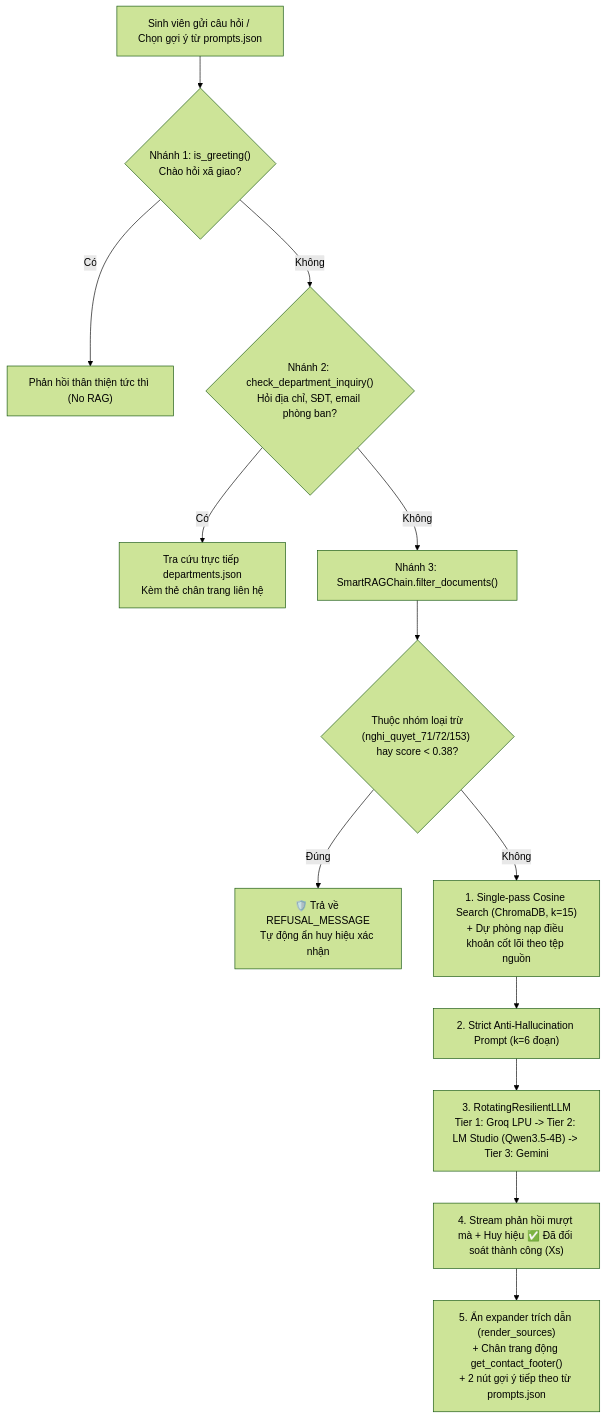
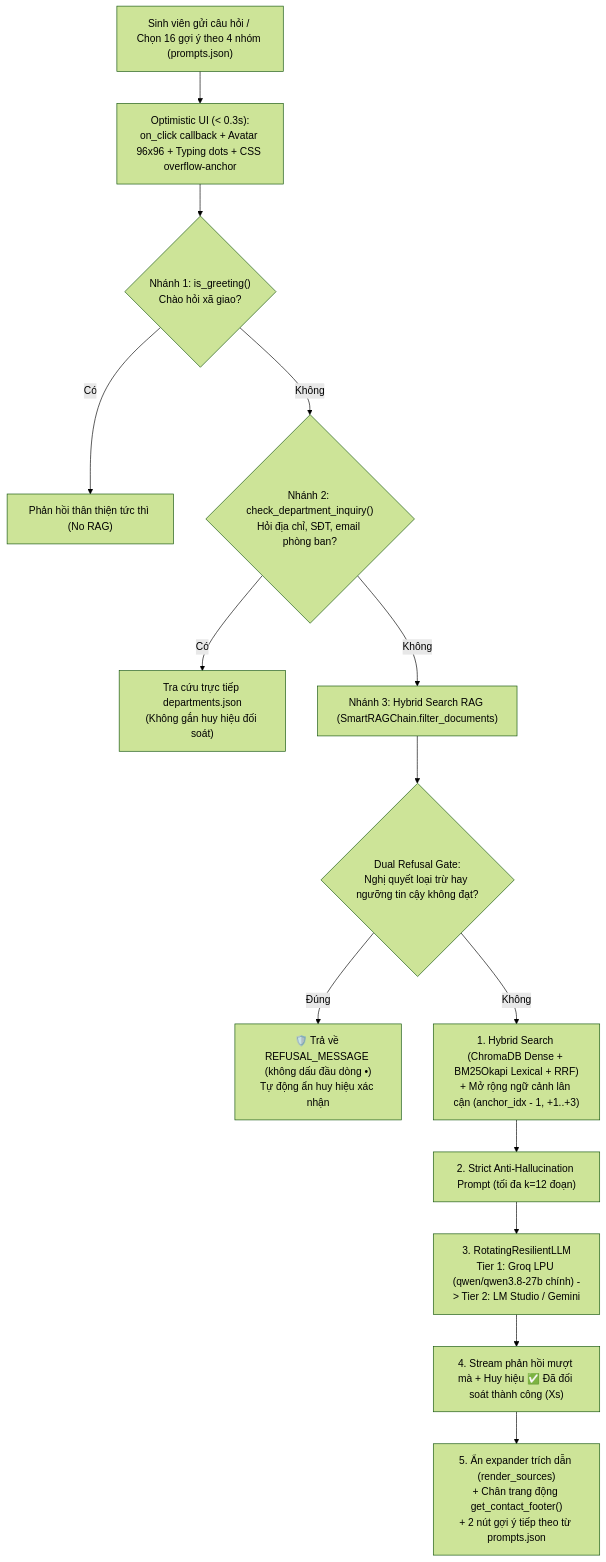
The diagram in README.md (anhdangbuon/VLUTEBOT), drawn with Mermaid (forest theme) before and after one commit. The commit also changed other lines of this file and 8 other files, not shown here.

Commit message:
Sync compressed avatar, 16 categorized prompts and 70-question hybrid search benchmark

````diff
--- a/README.md
+++ b/README.md
@@ -29,17 +29,18 @@
 ```mermaid
 flowchart TD
-    UserQuery["Sinh viên gửi câu hỏi / Chọn gợi ý từ prompts.json"] --> B1{"Nhánh 1: is_greeting()<br/>Chào hỏi xã giao?"}
+    UserQuery["Sinh viên gửi câu hỏi / Chọn 16 gợi ý theo 4 nhóm (prompts.json)"] --> OptUI["Optimistic UI (< 0.3s):<br/>on_click callback + Avatar 96x96 + Typing dots + CSS overflow-anchor"]
+    OptUI --> B1{"Nhánh 1: is_greeting()<br/>Chào hỏi xã giao?"}
     B1 -- Có --> R1["Phản hồi thân thiện tức thì (No RAG)"]
     B1 -- Không --> B2{"Nhánh 2: check_department_inquiry()<br/>Hỏi địa chỉ, SĐT, email phòng ban?"}
-    B2 -- Có --> R2["Tra cứu trực tiếp departments.json<br/>Kèm thẻ chân trang liên hệ"]
-    B2 -- Không --> B3["Nhánh 3: SmartRAGChain.filter_documents()"]
+    B2 -- Có --> R2["Tra cứu trực tiếp departments.json<br/>(Không gắn huy hiệu đối soát)"]
+    B2 -- Không --> B3["Nhánh 3: Hybrid Search RAG (SmartRAGChain.filter_documents)"]
 
-    B3 --> ExclCheck{"Thuộc nhóm loại trừ<br/>(nghi_quyet_71/72/153) hay score < 0.38?"}
-    ExclCheck -- Đúng --> Refusal["🛡️ Trả về REFUSAL_MESSAGE<br/>Tự động ẩn huy hiệu xác nhận"]
-    ExclCheck -- Không --> SingleSearch["1. Single-pass Cosine Search (ChromaDB, k=15)<br/>+ Dự phòng nạp điều khoản cốt lõi theo tệp nguồn"]
+    B3 --> ExclCheck{"Dual Refusal Gate:<br/>Nghị quyết loại trừ hay ngưỡng tin cậy không đạt?"}
+    ExclCheck -- Đúng --> Refusal["🛡️ Trả về REFUSAL_MESSAGE (không dấu đầu dòng •)<br/>Tự động ẩn huy hiệu xác nhận"]
+    ExclCheck -- Không --> HybridSearch["1. Hybrid Search (ChromaDB Dense + BM25Okapi Lexical + RRF)<br/>+ Mở rộng ngữ cảnh lân cận (anchor_idx - 1, +1..+3)"]
 
-    SingleSearch --> PromptBuild["2. Strict Anti-Hallucination Prompt (k=6 đoạn)"]
-    PromptBuild --> LLMRouter["3. RotatingResilientLLM<br/>Tier 1: Groq LPU -> Tier 2: LM Studio (Qwen3.5-4B) -> Tier 3: Gemini"]
+    HybridSearch --> PromptBuild["2. Strict Anti-Hallucination Prompt (tối đa k=12 đoạn)"]
+    PromptBuild --> LLMRouter["3. RotatingResilientLLM<br/>Tier 1: Groq LPU (qwen/qwen3.8-27b chính) -> Tier 2: LM Studio / Gemini"]
     LLMRouter --> StreamUI["4. Stream phản hồi mượt mà + Huy hiệu ✅ Đã đối soát thành công (Xs)"]
     StreamUI --> PostUI["5. Ẩn expander trích dẫn (render_sources)<br/>+ Chân trang động get_contact_footer()<br/>+ 2 nút gợi ý tiếp theo từ prompts.json"]
 ```
````
